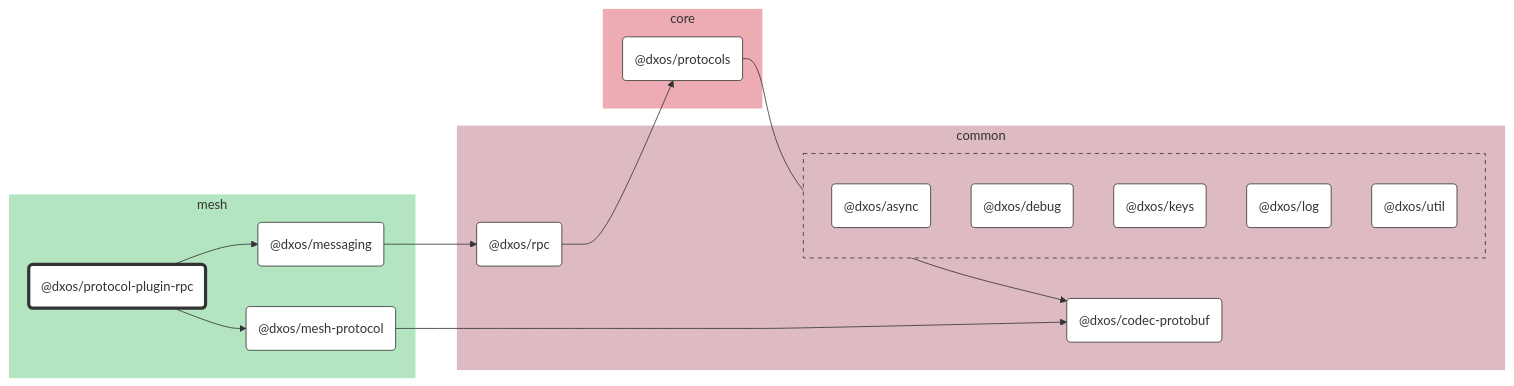
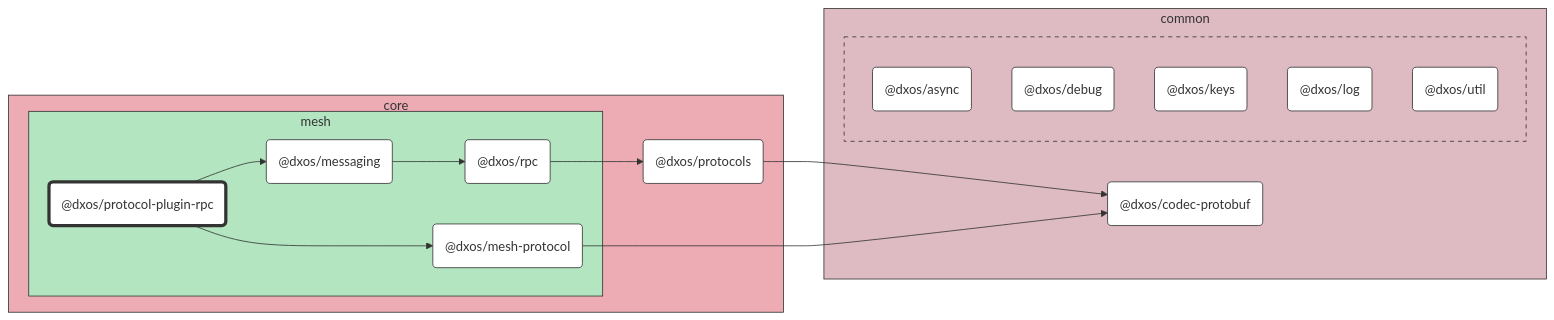
The diagram in packages/core/mesh/protocol-plugin-rpc/docs/README.md (dxos/dxos), drawn with Mermaid before and after one commit. The commit also changed other lines of this file and 89 other files, not shown here.

````diff
--- a/packages/core/mesh/protocol-plugin-rpc/docs/README.md
+++ b/packages/core/mesh/protocol-plugin-rpc/docs/README.md
@@ -7,58 +7,58 @@
 ```mermaid
 %%{ init: {'flowchart':{'curve':'basis'}} }%%
 
 flowchart LR
 
 %% Classes
 classDef def fill:#fff,stroke:#333,stroke-width:1px
 classDef root fill:#fff,stroke:#333,stroke-width:4px
 
 %% Nodes
 
-subgraph mesh [mesh]
-  style mesh fill:#b3e6c0,stroke:#fff
-  dxos/protocol-plugin-rpc("@dxos/protocol-plugin-rpc"):::root
-  click dxos/protocol-plugin-rpc "dxos/dxos/tree/main/packages/core/mesh/protocol-plugin-rpc/docs"
-  dxos/messaging("@dxos/messaging"):::def
-  click dxos/messaging "dxos/dxos/tree/main/packages/core/mesh/messaging/docs"
-  dxos/mesh-protocol("@dxos/mesh-protocol"):::def
-  click dxos/mesh-protocol "dxos/dxos/tree/main/packages/core/mesh/mesh-protocol/docs"
+subgraph core [core]
+  style core fill:#edabb3,stroke:#333
+  dxos/protocols("@dxos/protocols"):::def
+  click dxos/protocols "dxos/dxos/tree/main/packages/core/protocols/docs"
+
+  subgraph mesh [mesh]
+    style mesh fill:#b3e6c0,stroke:#333
+    dxos/protocol-plugin-rpc("@dxos/protocol-plugin-rpc"):::root
+    click dxos/protocol-plugin-rpc "dxos/dxos/tree/main/packages/core/mesh/protocol-plugin-rpc/docs"
+    dxos/messaging("@dxos/messaging"):::def
+    click dxos/messaging "dxos/dxos/tree/main/packages/core/mesh/messaging/docs"
+    dxos/rpc("@dxos/rpc"):::def
+    click dxos/rpc "dxos/dxos/tree/main/packages/core/mesh/rpc/docs"
+    dxos/mesh-protocol("@dxos/mesh-protocol"):::def
+    click dxos/mesh-protocol "dxos/dxos/tree/main/packages/core/mesh/mesh-protocol/docs"
+  end
 end
 
 subgraph common [common]
-  style common fill:#debac2,stroke:#fff
+  style common fill:#debac2,stroke:#333
   dxos/codec-protobuf("@dxos/codec-protobuf"):::def
   click dxos/codec-protobuf "dxos/dxos/tree/main/packages/common/codec-protobuf/docs"
-  dxos/rpc("@dxos/rpc"):::def
-  click dxos/rpc "dxos/dxos/tree/main/packages/core/mesh/rpc/docs"
 
-  subgraph common-excluded [ ]
-    style common-excluded fill:#debac2,stroke:#333,stroke-dasharray:5 5
+  subgraph _ [ ]
+    style _ fill:#debac2,stroke:#333,stroke-dasharray:5 5
     dxos/async("@dxos/async"):::def
     click dxos/async "dxos/dxos/tree/main/packages/common/async/docs"
     dxos/debug("@dxos/debug"):::def
     click dxos/debug "dxos/dxos/tree/main/packages/common/debug/docs"
     dxos/keys("@dxos/keys"):::def
     click dxos/keys "dxos/dxos/tree/main/packages/common/keys/docs"
     dxos/log("@dxos/log"):::def
     click dxos/log "dxos/dxos/tree/main/packages/common/log/docs"
     dxos/util("@dxos/util"):::def
     click dxos/util "dxos/dxos/tree/main/packages/common/util/docs"
   end
 end
 
-subgraph core [core]
-  style core fill:#edabb3,stroke:#fff
-  dxos/protocols("@dxos/protocols"):::def
-  click dxos/protocols "dxos/dxos/tree/main/packages/core/protocols/docs"
-end
-
 %% Links
 linkStyle default stroke:#333,stroke-width:1px
 dxos/protocol-plugin-rpc --> dxos/messaging
 dxos/protocols --> dxos/codec-protobuf
 dxos/messaging --> dxos/rpc
 dxos/rpc --> dxos/protocols
 dxos/protocol-plugin-rpc --> dxos/mesh-protocol
 dxos/mesh-protocol --> dxos/codec-protobuf
 ```
````
